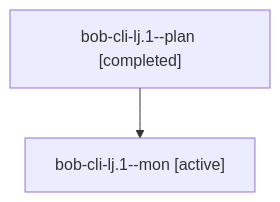
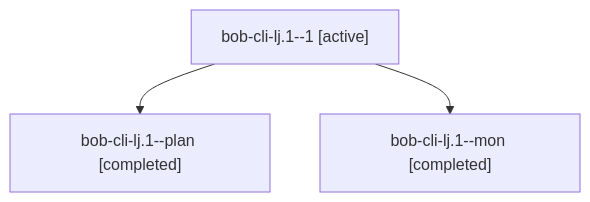
One commit to bobs-org/bob-cli--agents changed the diagram in sessions/bbugyi200.apollo.bob-cli-lj.1.md. Above: the diagram before and after it, drawn with Mermaid. The commit also changed other lines of this file and 46 other files, not shown here.

````diff
--- a/sessions/bbugyi200.apollo.bob-cli-lj.1.md
+++ b/sessions/bbugyi200.apollo.bob-cli-lj.1.md
@@ -9,6 +9,8 @@
 ```mermaid
 flowchart TD
-  n0["bob-cli-lj.1--plan [completed]"]
-  n1["bob-cli-lj.1--mon [active]"]
+  n0["bob-cli-lj.1--1 [active]"]
+  n1["bob-cli-lj.1--plan [completed]"]
   n0 --> n1
+  n2["bob-cli-lj.1--mon [completed]"]
+  n0 --> n2
 ```
````
